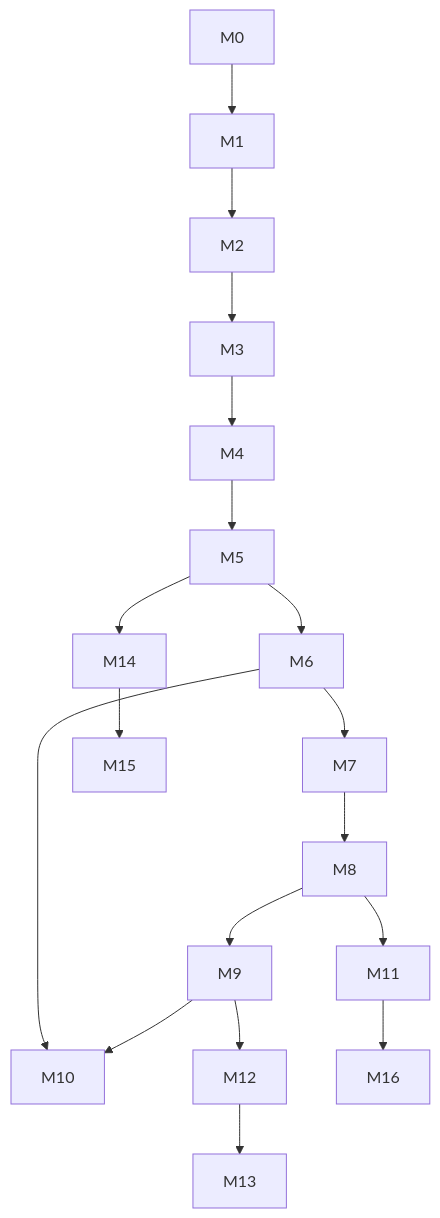
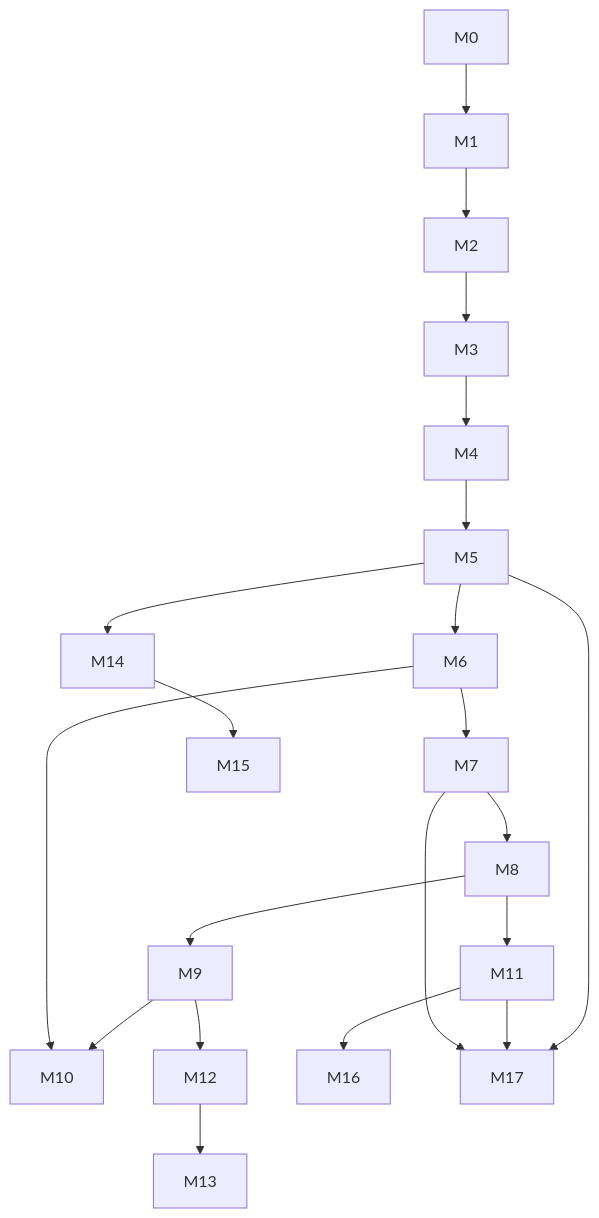
One commit to Abhinand20/agentFlow changed the second of 2 diagrams in plans/README.md. Above: the diagram before and after it, drawn with Mermaid. The commit also changed other lines of this file and 5 other files, not shown here.

````diff
--- a/plans/README.md
+++ b/plans/README.md
@@ -101,9 +105,12 @@
 ```mermaid
 flowchart TD
   M0 --> M1 --> M2 --> M3 --> M4 --> M5 --> M6 --> M7 --> M8
   M8 --> M9 --> M10
   M6 --> M10
   M9 --> M12 --> M13
   M8 --> M11 --> M16
   M5 --> M14 --> M15
+  M5 --> M17
+  M11 --> M17
+  M7 --> M17
 ```
````
